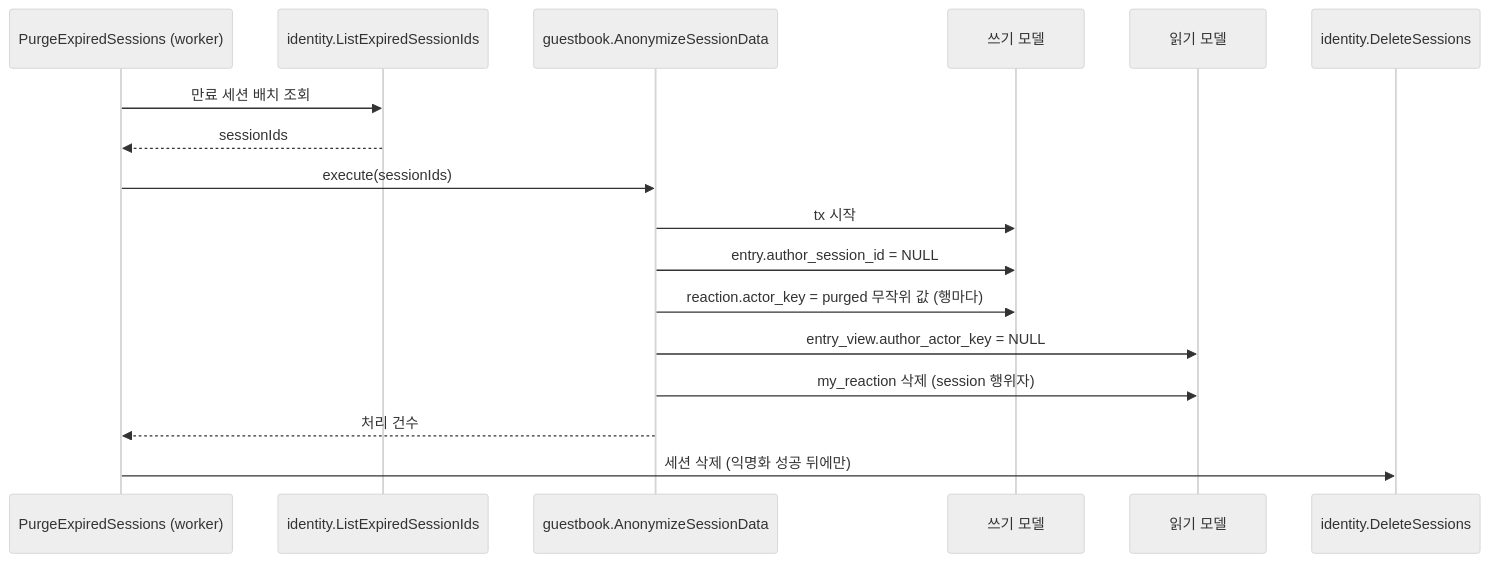
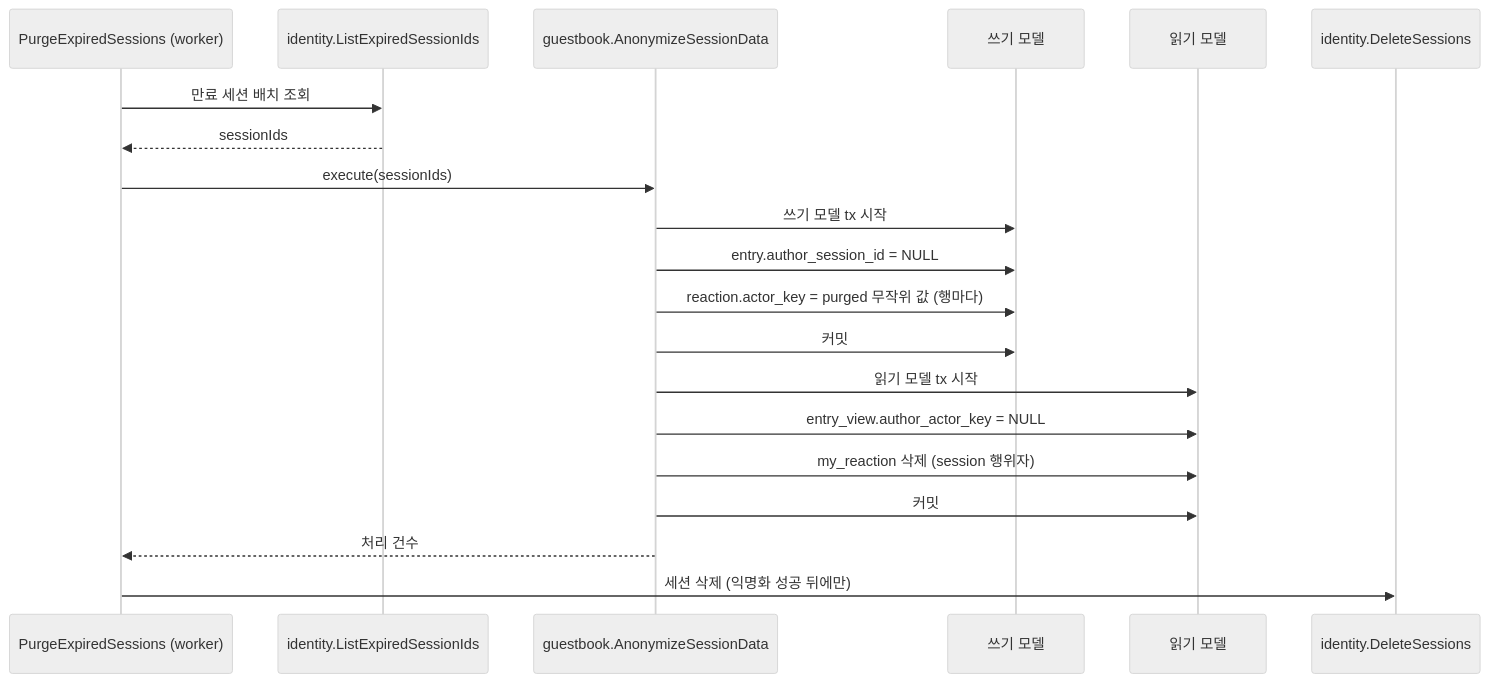
One commit to 1985jwlee/portpolio_backend changed diagram 40 of 41 in docs/design/features/11-guestbook-write.md. Above: the diagram before and after it, drawn with Mermaid (neutral theme). The commit also changed other lines of this file and 33 other files, not shown here.

````diff
--- a/docs/design/features/11-guestbook-write.md
+++ b/docs/design/features/11-guestbook-write.md
@@ -1917,19 +1904,22 @@
 ```mermaid
 sequenceDiagram
     participant J as PurgeExpiredSessions (worker)
     participant I as identity.ListExpiredSessionIds
     participant G as guestbook.AnonymizeSessionData
     participant W as 쓰기 모델
     participant R as 읽기 모델
     participant D as identity.DeleteSessions
     J->>I: 만료 세션 배치 조회
     I-->>J: sessionIds
     J->>G: execute(sessionIds)
-    G->>W: tx 시작
+    G->>W: 쓰기 모델 tx 시작
     G->>W: entry.author_session_id = NULL
     G->>W: reaction.actor_key = purged 무작위 값 (행마다)
+    G->>W: 커밋
+    G->>R: 읽기 모델 tx 시작
     G->>R: entry_view.author_actor_key = NULL
     G->>R: my_reaction 삭제 (session 행위자)
+    G->>R: 커밋
     G-->>J: 처리 건수
     J->>D: 세션 삭제 (익명화 성공 뒤에만)
 ```
````
